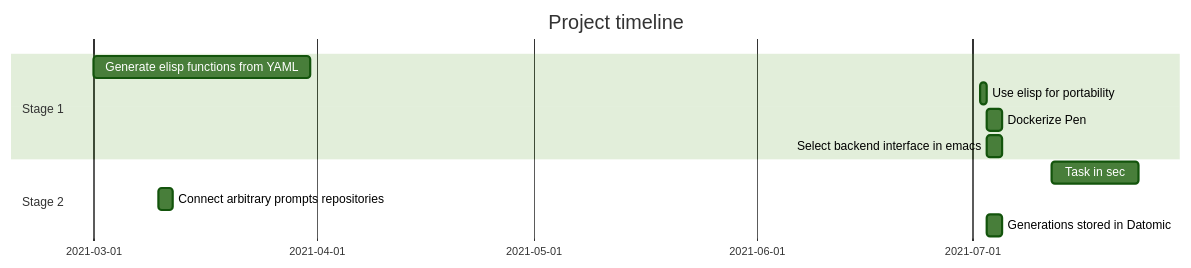
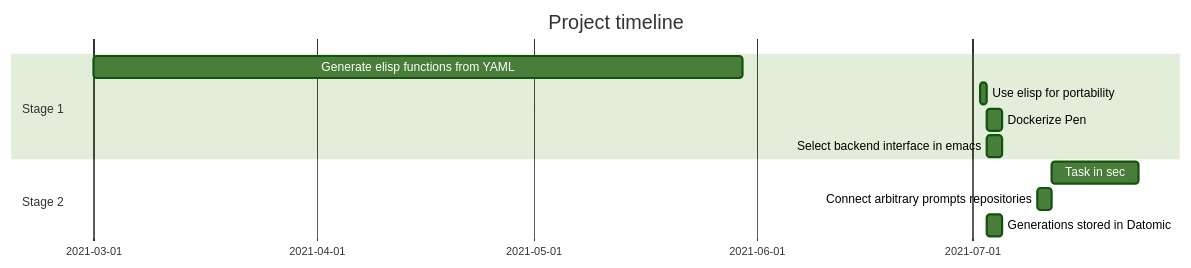
The diagram in docs/README.org (semiosis/pen.el), drawn with Mermaid (forest theme) before and after one commit.

Commit message:
Fri 02 Jul 2021 16:03:31

```diff
--- a/docs/README.org
+++ b/docs/README.org
@@ -19,14 +19,14 @@
 #+BEGIN_SRC mermaid :results raw :file project-timeline.png
 gantt
         title Project timeline
         dateFormat  YYYY-MM-DD
         section Stage 1
-        Generate elisp functions from YAML    :a1, 2021-03-01, 30d
+        Generate elisp functions from YAML    :a1, 2021-03-01, 90d
         Use elisp for portability     :a2, 2021-07-02, 1d
         Dockerize Pen     :after a2  , 2d
         Select backend interface in emacs     :after a2  , 2d
         section Stage 2
         Task in sec      :2021-07-12  , 12d
-        Connect arbitrary prompts repositories :b1, 2021-03-10, 2d
+        Connect arbitrary prompts repositories :b1, 2021-07-10, 2d
         Generations stored in Datomic :after a2  , 2d
 #+END_SRC
```
